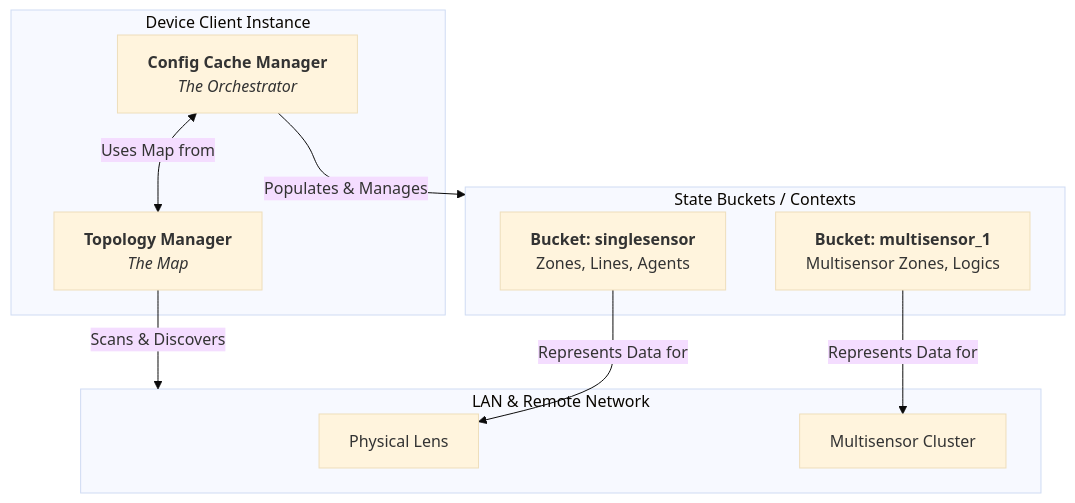
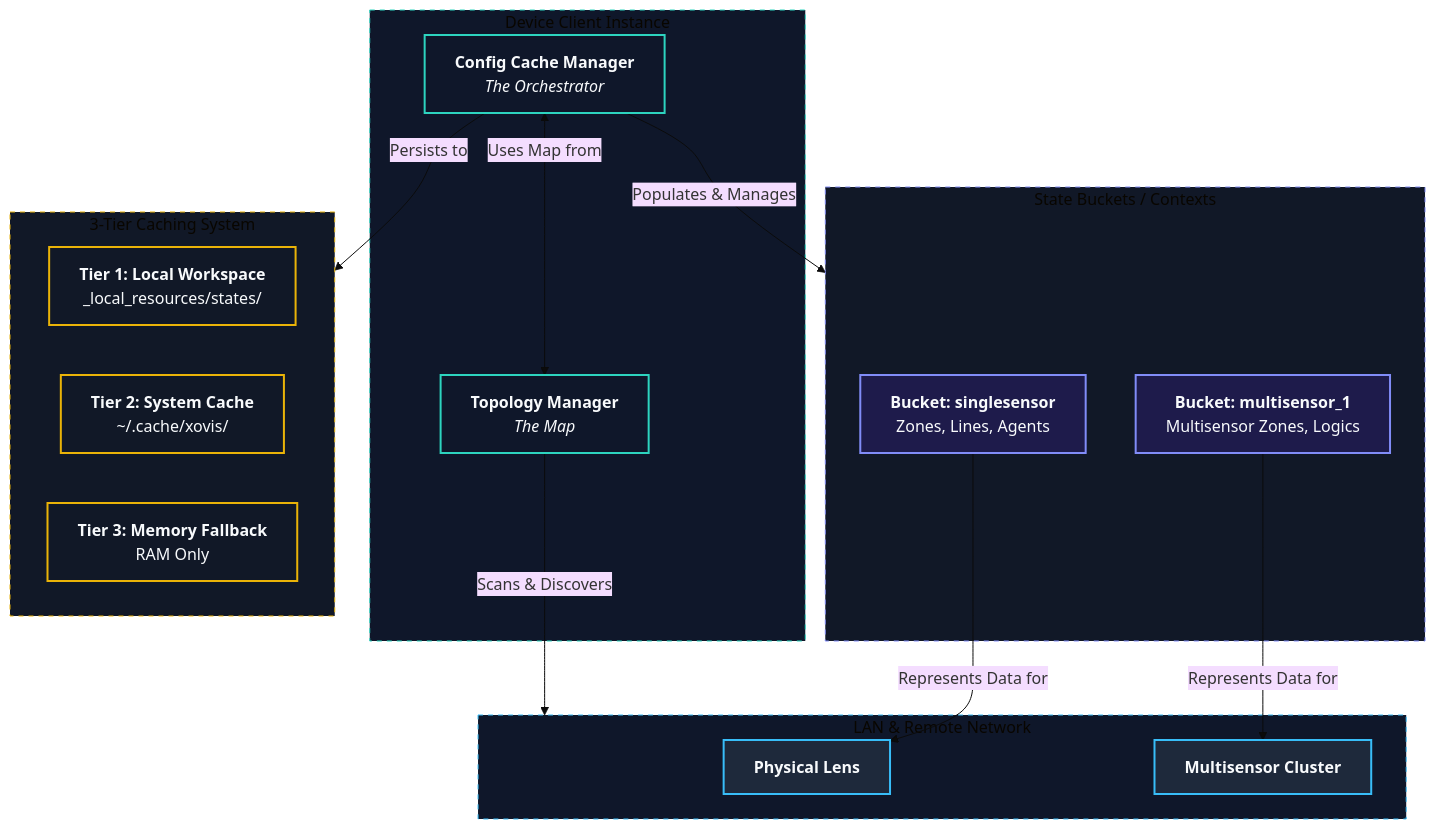
Before and after one commit to xovis-open-sdk/xovis-sdk: the diagram in docs/architecture/state_topology.md, drawn with Mermaid (base theme). The commit also changed other lines of this file and 25 other files, not shown here.

````diff
--- a/docs/architecture/state_topology.md
+++ b/docs/architecture/state_topology.md
@@ -26,25 +26,46 @@
 ```mermaid
 graph TD
+    %% Class Definitions for Premium Styling
+    classDef client fill:#0f172a,stroke:#2dd4bf,stroke-width:2px,color:#f8fafc;
+    classDef network fill:#1e293b,stroke:#38bdf8,stroke-width:2px,color:#f8fafc;
+    classDef buckets fill:#1e1b4b,stroke:#818cf8,stroke-width:2px,color:#f8fafc;
+    classDef cache fill:#111827,stroke:#eab308,stroke-width:2px,color:#f8fafc;
+
     subgraph DeviceClient [Device Client Instance]
-        T["<b>Topology Manager</b><br/><i>The Map</i>"]
-        C["<b>Config Cache Manager</b><br/><i>The Orchestrator</i>"]
+        T["<b>Topology Manager</b><br/><i>The Map</i>"]:::client
+        C["<b>Config Cache Manager</b><br/><i>The Orchestrator</i>"]:::client
     end
 
     subgraph Network [LAN & Remote Network]
-        L[Physical Lens]
-        MS[Multisensor Cluster]
+        L["<b>Physical Lens</b>"]:::network
+        MS["<b>Multisensor Cluster</b>"]:::network
     end
 
     T -- "Scans & Discovers" --> Network
     C <-- "Uses Map from" --> T
 
     subgraph Buckets [State Buckets / Contexts]
-        SB1["<b>Bucket: singlesensor</b><br/>Zones, Lines, Agents"]
-        SB2["<b>Bucket: multisensor_1</b><br/>Multisensor Zones, Logics"]
+        SB1["<b>Bucket: singlesensor</b><br/>Zones, Lines, Agents"]:::buckets
+        SB2["<b>Bucket: multisensor_1</b><br/>Multisensor Zones, Logics"]:::buckets
     end
 
     C -- "Populates & Manages" --> Buckets
 
     SB1 -- "Represents Data for" --> L
     SB2 -- "Represents Data for" --> MS
+
+    %% 3-Tier Cache System (Disk/System/Memory)
+    subgraph DiskStorage ["3-Tier Caching System"]
+        Tier1["<b>Tier 1: Local Workspace</b><br/>_local_resources/states/"]:::cache
+        Tier2["<b>Tier 2: System Cache</b><br/>~/.cache/xovis/"]:::cache
+        Tier3["<b>Tier 3: Memory Fallback</b><br/>RAM Only"]:::cache
+    end
+
+    C -- "Persists to" --> DiskStorage
+
+    %% Styling Overrides
+    style DeviceClient fill:#0f172a,stroke:#2dd4bf,stroke-dasharray: 5 5
+    style Network fill:#0f172a,stroke:#38bdf8,stroke-dasharray: 5 5
+    style Buckets fill:#111827,stroke:#818cf8,stroke-dasharray: 5 5
+    style DiskStorage fill:#111827,stroke:#eab308,stroke-dasharray: 5 5
 ```
````
